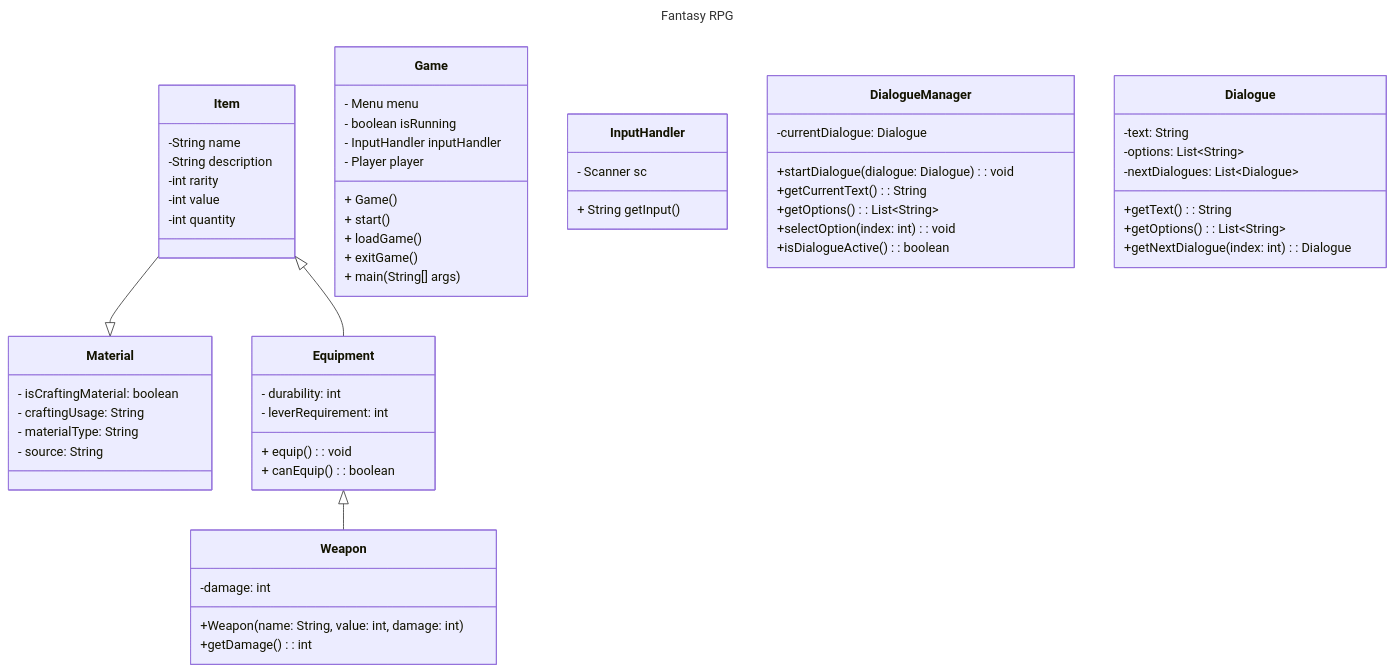
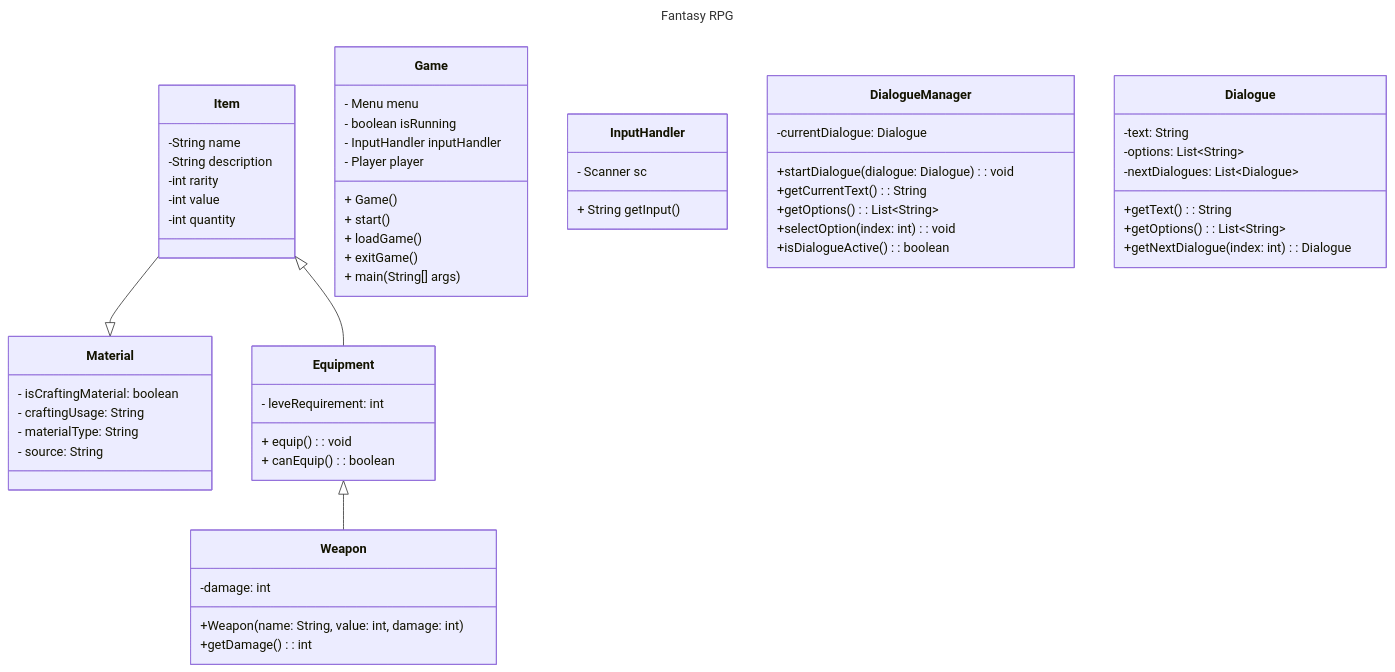
Before and after one commit to pacalso-jjc/2425-2nd-cc3-1b-rpg: the diagram in wiki/Class-Diagram.md, drawn with Mermaid.

Commit message:
updated class diagram for equipment

````diff
--- a/wiki/Class-Diagram.md
+++ b/wiki/Class-Diagram.md
@@ -1,72 +1,71 @@
 ```mermaid
 ---
 title: Fantasy RPG
 ---
 classDiagram
     Item --|> Material
     class Material {
         - isCraftingMaterial: boolean
         - craftingUsage: String
         - materialType: String
         - source: String
     }
 
     class Item{
         -String name
         -String description
         -int rarity
         -int value
         -int quantity
     }
 
     class Game{
         - Menu menu
         - boolean isRunning
         - InputHandler inputHandler
         - Player player
         + Game()
         + start()
         + loadGame()
         + exitGame()
         + main(String[] args)
     }
 
     class InputHandler{
         - Scanner sc
         + String getInput()
     }
 
     class DialogueManager {
         -currentDialogue: Dialogue
         +startDialogue(dialogue: Dialogue): void
         +getCurrentText(): String
         +getOptions(): List~String~
         +selectOption(index: int): void
         +isDialogueActive(): boolean
     } 
 
     class Dialogue {
         -text: String
         -options: List~String~
         -nextDialogues: List~Dialogue~
         +getText(): String
         +getOptions(): List~String~
         +getNextDialogue(index: int): Dialogue
     }
 
     Equipment <|-- Weapon
     class Weapon {
         -damage: int
         +Weapon(name: String, value: int, damage: int)
         +getDamage(): int
     }
     
     Item <|-- Equipment
     class Equipment{
-        - durability: int
-        - leverRequirement: int
+        - leveRequirement: int
         + equip(): void
         + canEquip(): boolean
     }
 
 ```
````
